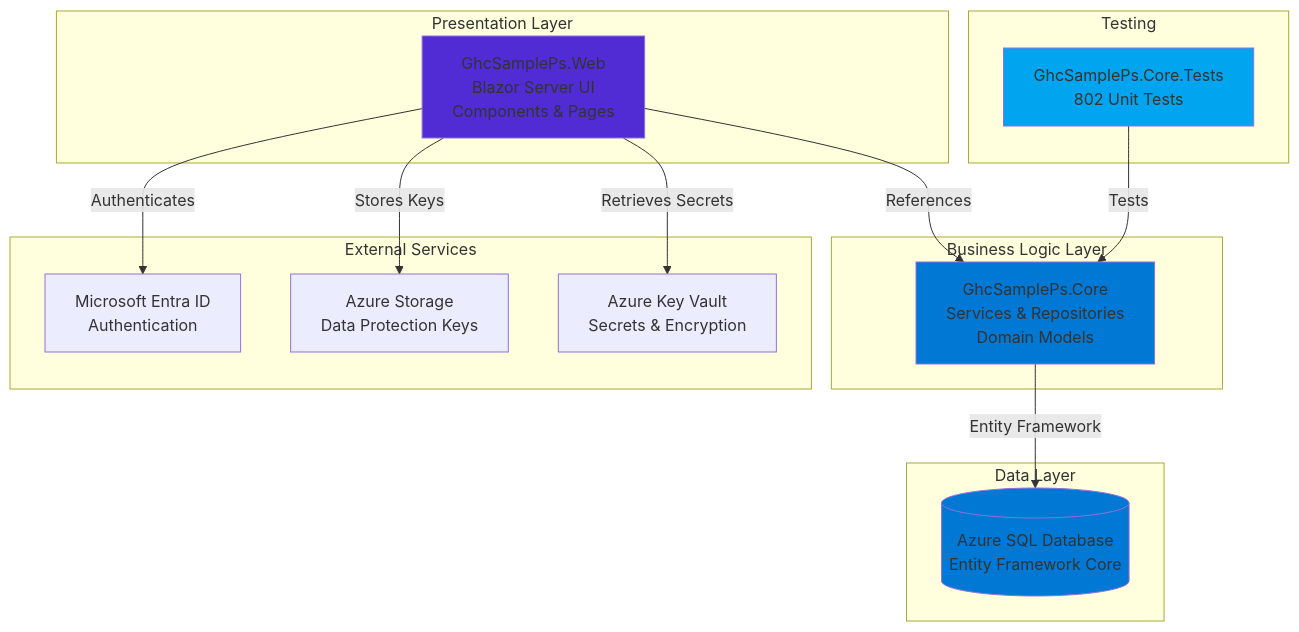
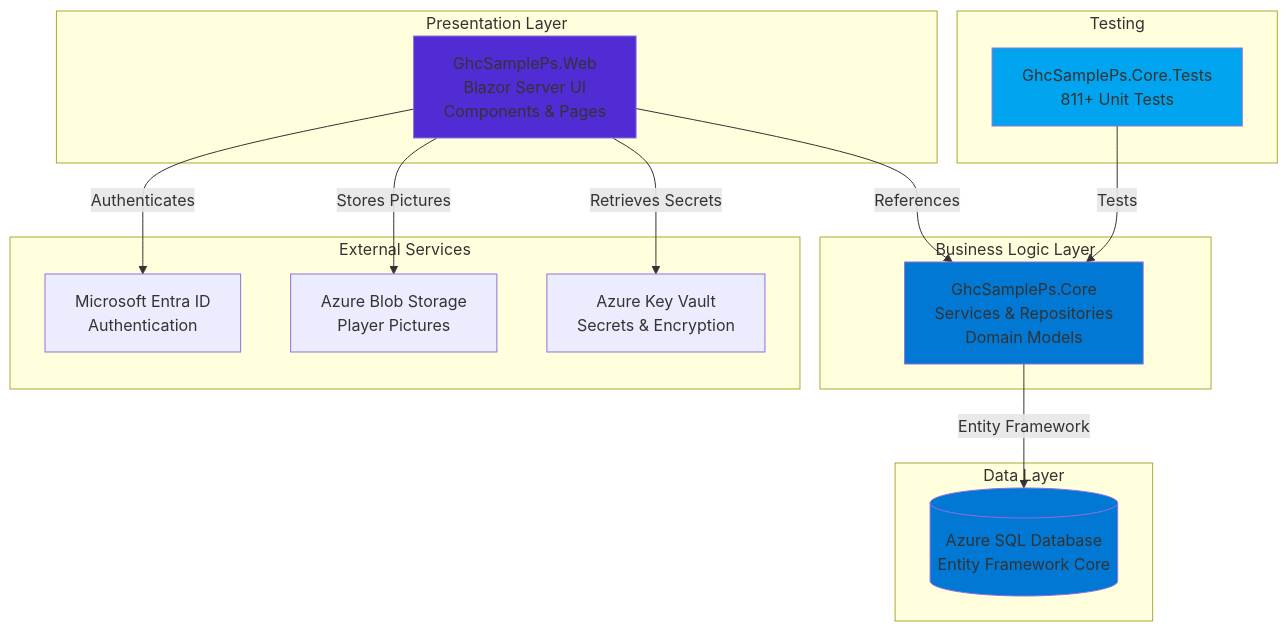
Before and after one commit to ricardocovo/ghc-sample-ps: the diagram in README.md, drawn with Mermaid. The commit also changed other lines of this file, not shown here.

````diff
--- a/README.md
+++ b/README.md
@@ -107,36 +108,36 @@
 ```mermaid
 graph TB
     subgraph "Presentation Layer"
         Web[GhcSamplePs.Web<br/>Blazor Server UI<br/>Components & Pages]
     end
 
     subgraph "Business Logic Layer"
         Core[GhcSamplePs.Core<br/>Services & Repositories<br/>Domain Models]
     end
 
     subgraph "Data Layer"
         DB[(Azure SQL Database<br/>Entity Framework Core)]
     end
 
     subgraph "External Services"
         EntraID[Microsoft Entra ID<br/>Authentication]
-        Storage[Azure Storage<br/>Data Protection Keys]
+        Storage[Azure Blob Storage<br/>Player Pictures]
         KV[Azure Key Vault<br/>Secrets & Encryption]
     end
 
     subgraph "Testing"
-        Tests[GhcSamplePs.Core.Tests<br/>802 Unit Tests]
+        Tests[GhcSamplePs.Core.Tests<br/>811+ Unit Tests]
     end
 
     Web -->|References| Core
     Core -->|Entity Framework| DB
     Web -->|Authenticates| EntraID
-    Web -->|Stores Keys| Storage
+    Web -->|Stores Pictures| Storage
     Web -->|Retrieves Secrets| KV
     Tests -->|Tests| Core
 
     style Web fill:#512BD4
     style Core fill:#0078D4
     style DB fill:#0078D4
     style Tests fill:#00A4EF
 ```
````
